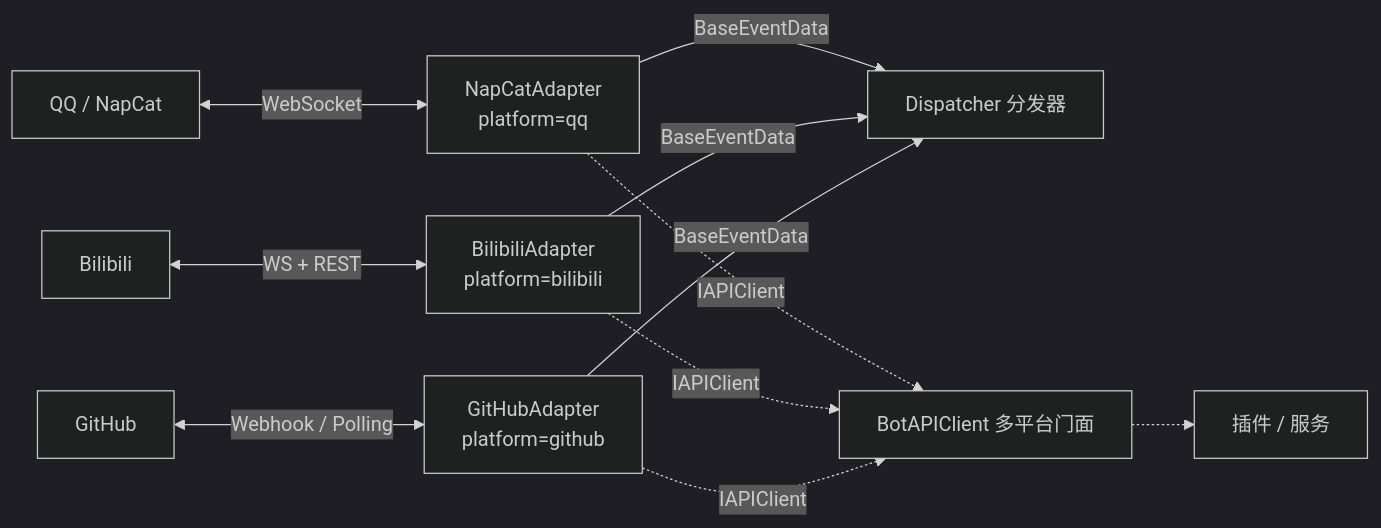
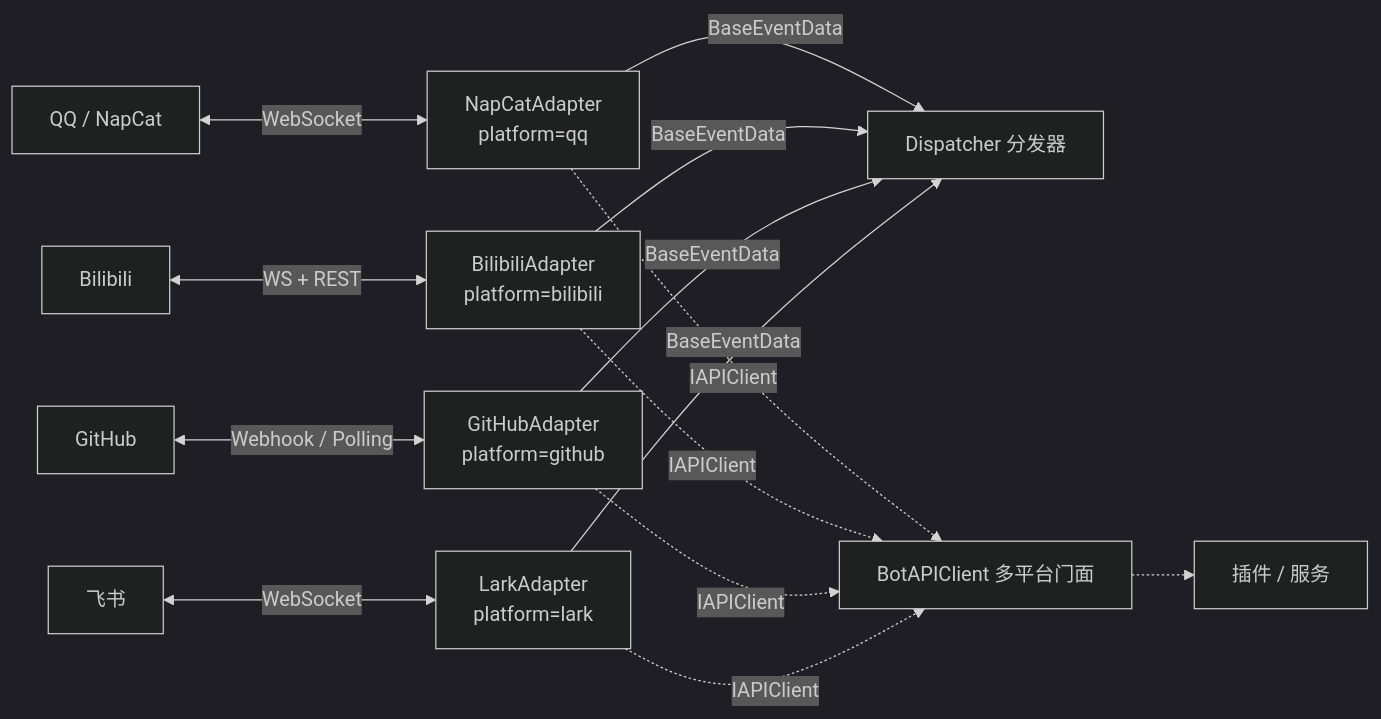
The diagram in docs/notes/reference/7. 适配器/README.md (huan-yp/NcatBotDocs), drawn with Mermaid (dark theme) before and after one commit. The commit also changed other lines of this file and 13 other files, not shown here.

````diff
--- a/docs/notes/reference/7. 适配器/README.md
+++ b/docs/notes/reference/7. 适配器/README.md
@@ -28,13 +30,16 @@
 ```mermaid
 graph LR
     QQ[QQ / NapCat] <-->|WebSocket| A1[NapCatAdapter<br>platform=qq]
     Bili[Bilibili] <-->|WS + REST| A2[BilibiliAdapter<br>platform=bilibili]
     GH[GitHub] <-->|Webhook / Polling| A3[GitHubAdapter<br>platform=github]
+    LK[飞书] <-->|WebSocket| A4[LarkAdapter<br>platform=lark]
     A1 -->|BaseEventData| Dispatcher[Dispatcher 分发器]
     A2 -->|BaseEventData| Dispatcher
     A3 -->|BaseEventData| Dispatcher
+    A4 -->|BaseEventData| Dispatcher
     A1 -.->|IAPIClient| BotAPIClient[BotAPIClient 多平台门面]
     A2 -.->|IAPIClient| BotAPIClient
     A3 -.->|IAPIClient| BotAPIClient
+    A4 -.->|IAPIClient| BotAPIClient
     BotAPIClient -.-> Plugin[插件 / 服务]
 ```
````
